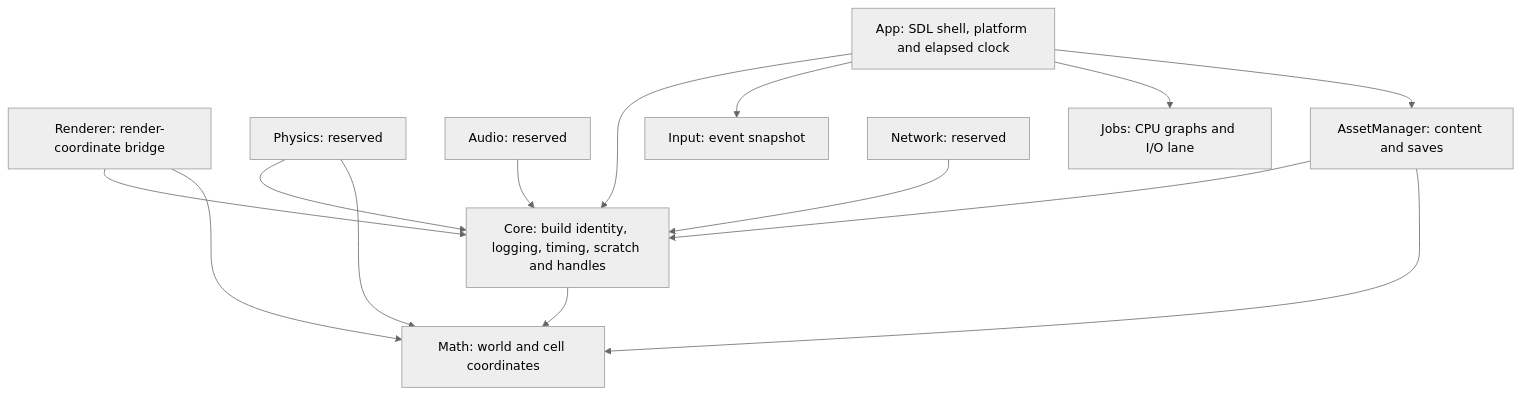
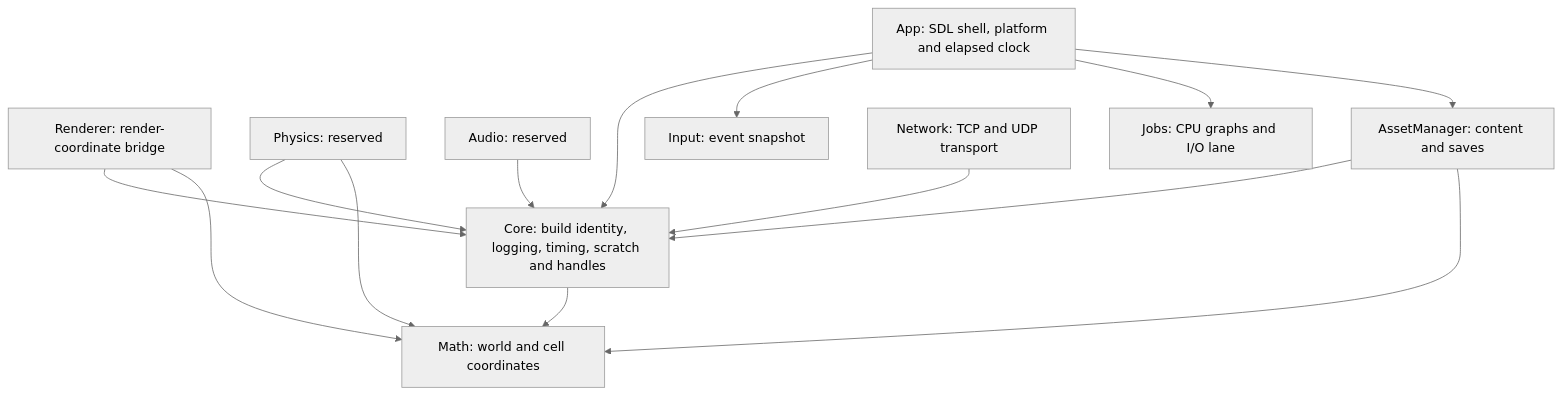
One commit to HellUponEarth/WiseEngine changed the diagram in docs/ARCHITECTURE.md. Above: the diagram before and after it, drawn with Mermaid (neutral theme). The commit also changed other lines of this file and 8 other files, not shown here.

Commit message:
Add WiseEngine 0.0.7 Asio TCP and UDP transport

````diff
--- a/docs/ARCHITECTURE.md
+++ b/docs/ARCHITECTURE.md
@@ -7,16 +7,16 @@
 ```mermaid
 flowchart TD
     App[App: SDL shell, platform and elapsed clock] --> Core[Core: build identity, logging, timing, scratch and handles]
     Core --> Math[Math: world and cell coordinates]
     Renderer[Renderer: render-coordinate bridge] --> Core
     Renderer --> Math
     Physics[Physics: reserved] --> Core
     Physics --> Math
     Audio[Audio: reserved] --> Core
     App --> Input[Input: event snapshot]
     App --> Jobs[Jobs: CPU graphs and I/O lane]
-    Network[Network: reserved] --> Core
+    Network[Network: TCP and UDP transport] --> Core
     App --> AssetManager[AssetManager: content and saves]
     AssetManager --> Core
     AssetManager --> Math
 ```
````
